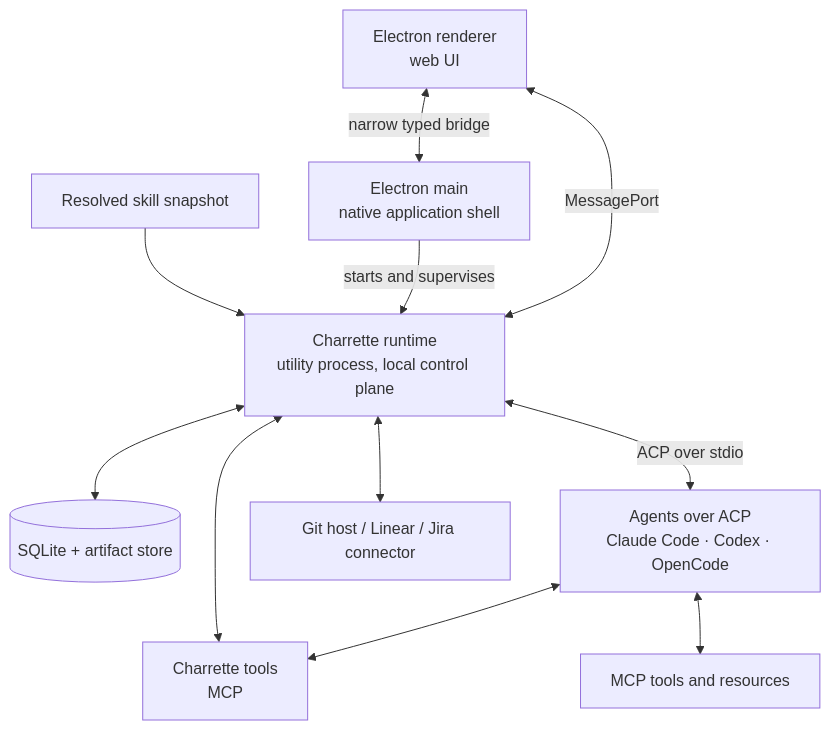
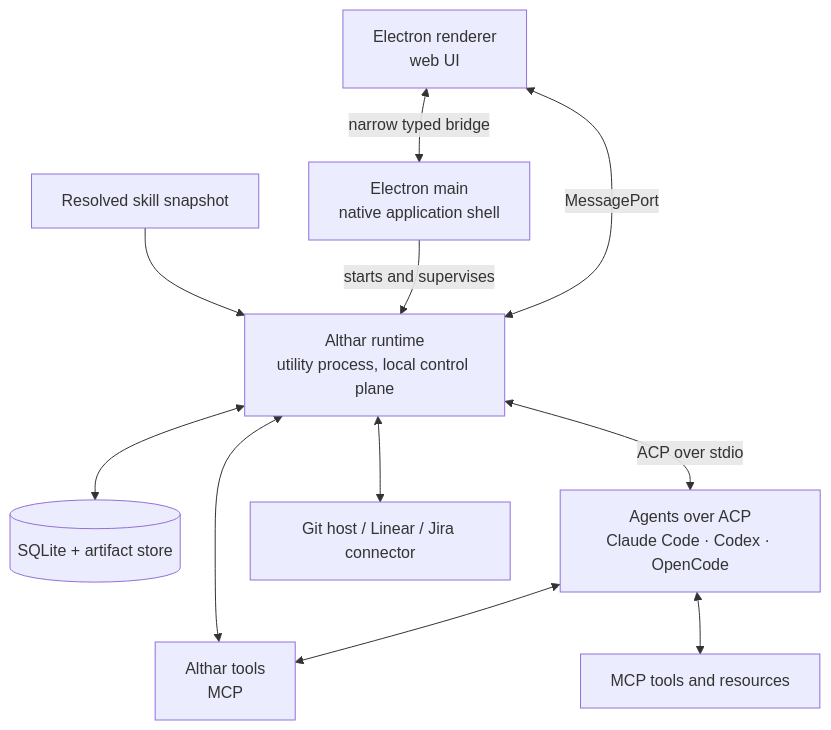
One commit to AltharIDE/althar changed the second of 2 diagrams in docs/architecture/README.md. Above: the diagram before and after it, drawn with Mermaid. The commit also changed other lines of this file and 343 other files, not shown here.

First line of the commit message:
Rename Charrette to Althar

````diff
--- a/docs/architecture/README.md
+++ b/docs/architecture/README.md
@@ -116,23 +116,23 @@
 ```mermaid
 flowchart TB
     UI["Electron renderer<br/>web UI"]
     Main["Electron main<br/>native application shell"]
-    Runtime["Charrette runtime<br/>utility process, local control plane"]
+    Runtime["Althar runtime<br/>utility process, local control plane"]
     Store[("SQLite + artifact store")]
     Provider["Agents over ACP<br/>Claude Code · Codex · OpenCode"]
-    Tools["Charrette tools<br/>MCP"]
+    Tools["Althar tools<br/>MCP"]
     Connector["Git host / Linear / Jira connector"]
     MCP["MCP tools and resources"]
     Skills["Resolved skill snapshot"]
 
     UI <-->|"narrow typed bridge"| Main
     UI <-->|"MessagePort"| Runtime
     Main -->|"starts and supervises"| Runtime
     Runtime <--> Store
     Runtime <-->|"ACP over stdio"| Provider
     Runtime <--> Connector
     Provider <--> Tools
     Tools <--> Runtime
     Provider <--> MCP
     Skills --> Runtime
 ```
````
